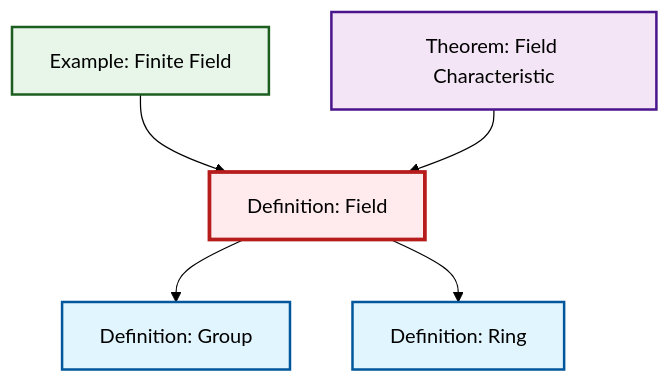
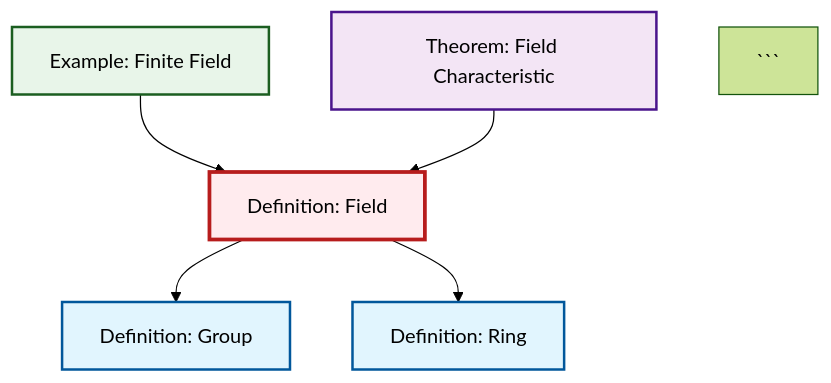
The diagram in output/mermaid/def-field.mermaid (RK0429/ModernMath), drawn with Mermaid (forest theme) before and after one commit. The commit also changed 313 other files, not shown here.

````diff
--- a/output/mermaid/def-field.mermaid
+++ b/output/mermaid/def-field.mermaid
@@ -1,19 +1,18 @@
-```{mermaid}
 %%| fig-cap: "Local dependency graph"
 graph TD
     classDef definition fill:#e1f5fe,stroke:#01579b,stroke-width:2px
     classDef theorem fill:#f3e5f5,stroke:#4a148c,stroke-width:2px
     classDef axiom fill:#fff3e0,stroke:#e65100,stroke-width:2px
     classDef example fill:#e8f5e9,stroke:#1b5e20,stroke-width:2px
     classDef current fill:#ffebee,stroke:#b71c1c,stroke-width:3px
+    def-group["Definition: Group"]:::definition
+    ex-finite-field["Example: Finite Field"]:::example
+    def-ring["Definition: Ring"]:::definition
     def-field["Definition: Field"]:::definition
     thm-field-characteristic["Theorem: Field Characteristic"]:::theorem
-    def-ring["Definition: Ring"]:::definition
-    ex-finite-field["Example: Finite Field"]:::example
-    def-group["Definition: Group"]:::definition
     def-field --> def-group
     ex-finite-field --> def-field
+    def-field --> def-ring
     thm-field-characteristic --> def-field
-    def-field --> def-ring
     class def-field current
 ```
````
